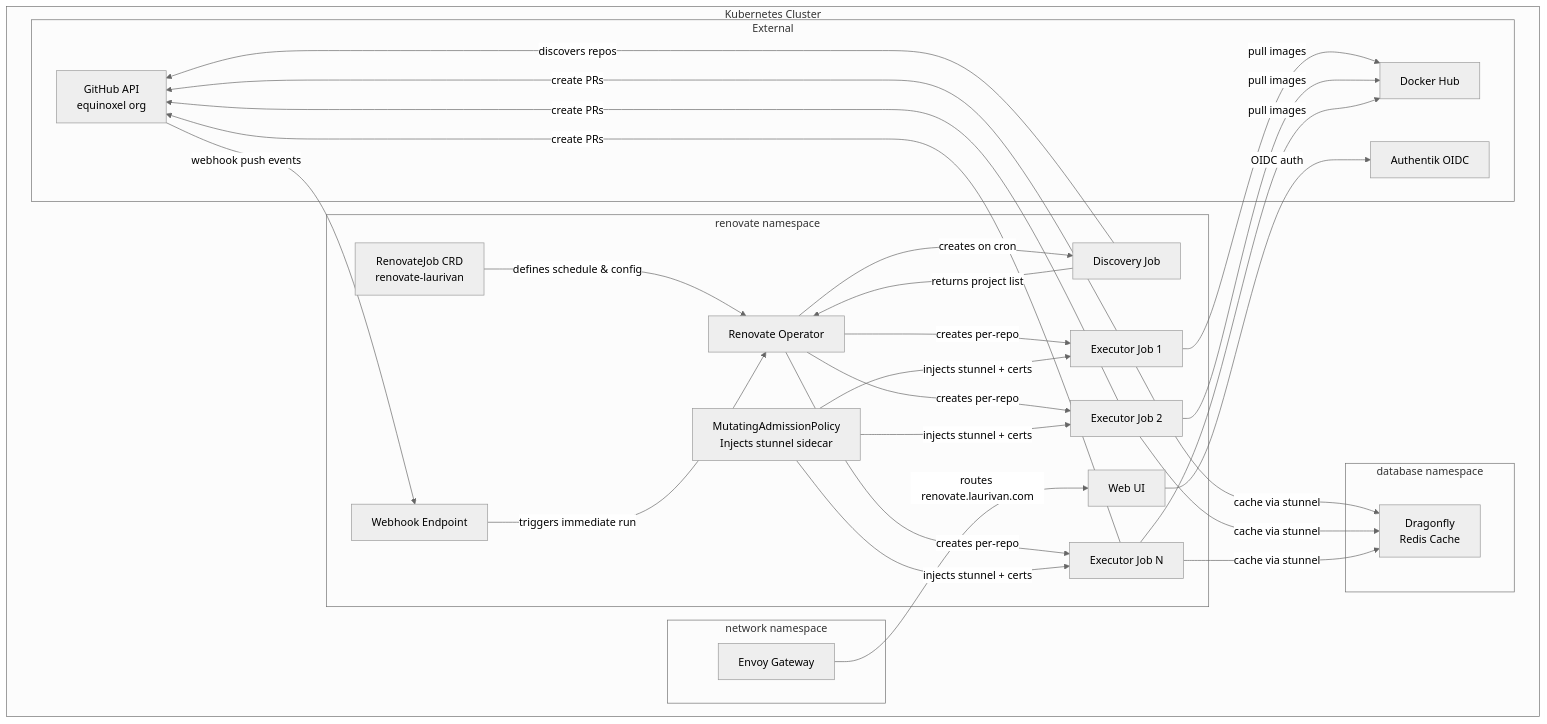
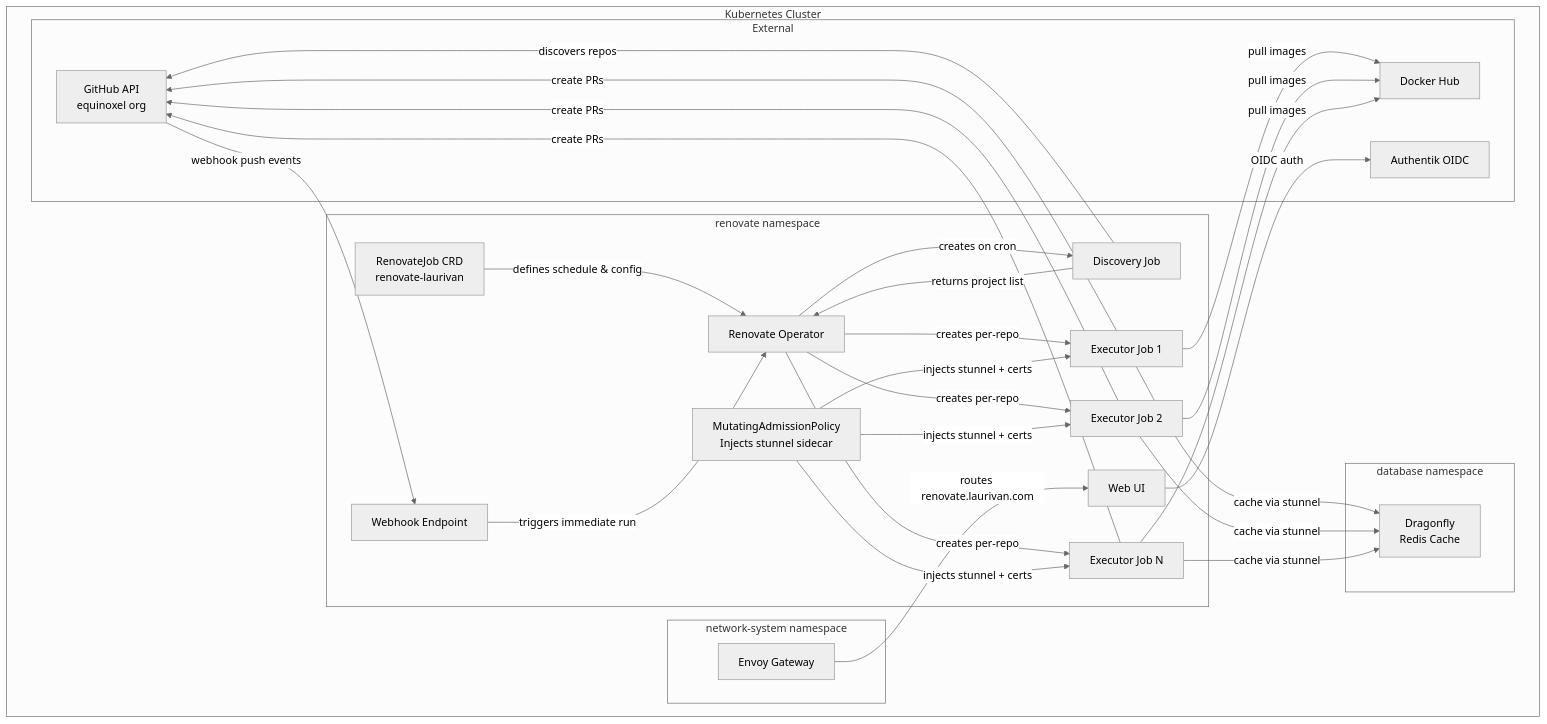
One commit to equinoxel/home-ops changed the first of 2 diagrams in kubernetes/apps/renovate/renovate-operator/README.md. Above: the diagram before and after it, drawn with Mermaid (neutral theme). The commit also changed 143 other files, not shown here.

First line of the commit message:
refactor(network): rename apps/network to network-system and rebuild namespaces

````diff
--- a/kubernetes/apps/renovate/renovate-operator/README.md
+++ b/kubernetes/apps/renovate/renovate-operator/README.md
@@ -18,44 +18,44 @@
 ```mermaid
 flowchart TD
     subgraph Kubernetes Cluster
         subgraph renovate namespace
             OP[Renovate Operator]
             CRD[RenovateJob CRD<br/>renovate-laurivan]
             DJ[Discovery Job]
             EJ1[Executor Job 1]
             EJ2[Executor Job 2]
             EJN[Executor Job N]
             WH[Webhook Endpoint]
             UI[Web UI]
             MAP[MutatingAdmissionPolicy<br/>Injects stunnel sidecar]
         end
 
         subgraph database namespace
             DF[Dragonfly<br/>Redis Cache]
         end
 
-        subgraph network namespace
+        subgraph network-system namespace
             GW[Envoy Gateway]
         end
 
         subgraph External
             GH[GitHub API<br/>equinoxel org]
             DH[Docker Hub]
             AUTH[Authentik OIDC]
         end
     end
 
     CRD -->|defines schedule & config| OP
     OP -->|creates on cron| DJ
     DJ -->|discovers repos| GH
     DJ -->|returns project list| OP
     OP -->|creates per-repo| EJ1 & EJ2 & EJN
     EJ1 & EJ2 & EJN -->|create PRs| GH
     EJ1 & EJ2 & EJN -->|pull images| DH
     MAP -->|injects stunnel + certs| EJ1 & EJ2 & EJN
     EJ1 & EJ2 & EJN -->|cache via stunnel| DF
     GH -->|webhook push events| WH
     WH -->|triggers immediate run| OP
     GW -->|routes renovate.laurivan.com| UI
     UI -->|OIDC auth| AUTH
 ```
````
